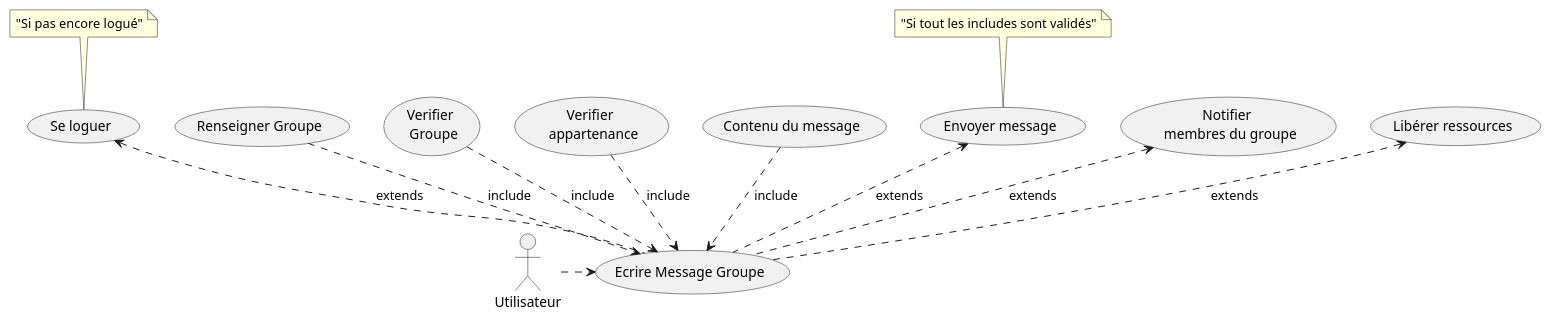
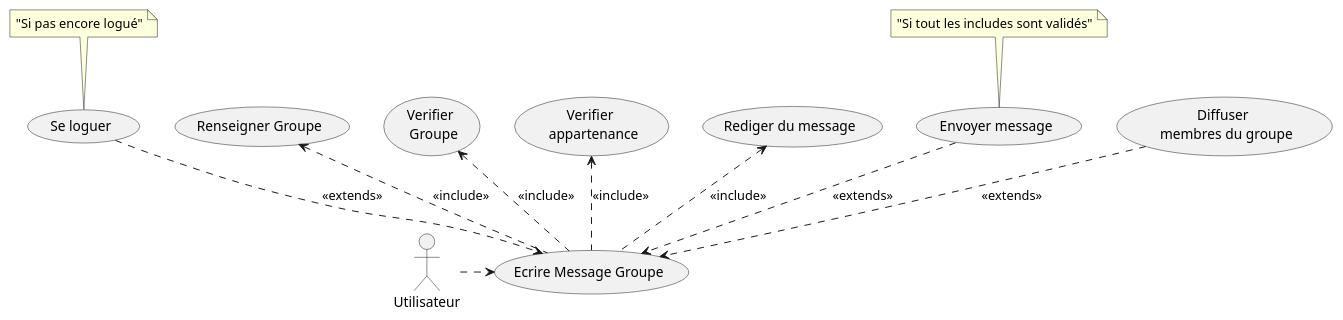
Before and after one commit to clementfvrl/projet_linux: the diagram in docs/use_cases/EcrireMessageGroupe.puml, drawn with PlantUML. The commit also changed 10 other files, not shown here.

```diff
--- a/docs/use_cases/EcrireMessageGroupe.puml
+++ b/docs/use_cases/EcrireMessageGroupe.puml
@@ -1,22 +1,21 @@
 @startuml
 
 actor Utilisateur as User
 
-(Se loguer) <.. (Ecrire Message Groupe) : extends 
+(Se loguer) ..> (Ecrire Message Groupe) : << extends >> 
 
 note top of  (Se loguer) : "Si pas encore logué"
 
 (User) .> (Ecrire Message Groupe)
 
-(Renseigner Groupe) ..> (Ecrire Message Groupe) : include
-(Verifier \n Groupe) ..> (Ecrire Message Groupe) : include
-(Verifier \n appartenance)..>(Ecrire Message Groupe) : include
-(Contenu du message) ..> (Ecrire Message Groupe) : include
-(Envoyer message) <.. (Ecrire Message Groupe) : extends
-(Notifier \n membres du groupe) <.. (Ecrire Message Groupe) : extends
-(Libérer ressources) <.. (Ecrire Message Groupe) : extends
+(Renseigner Groupe) <.. (Ecrire Message Groupe) : << include >>
+(Verifier \n Groupe) <.. (Ecrire Message Groupe) : << include >>
+(Verifier \n appartenance) <.. (Ecrire Message Groupe) : << include >>
+(Rediger du message) <.. (Ecrire Message Groupe) : << include >>
+(Envoyer message) ..> (Ecrire Message Groupe) : << extends >>
+(Diffuser \n membres du groupe) ..> (Ecrire Message Groupe) : << extends >>
 note top of  (Envoyer message) : "Si tout les includes sont validés"
 
 
 
 @enduml
```
